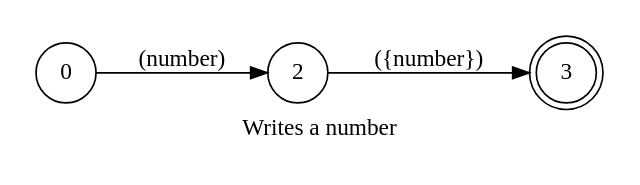
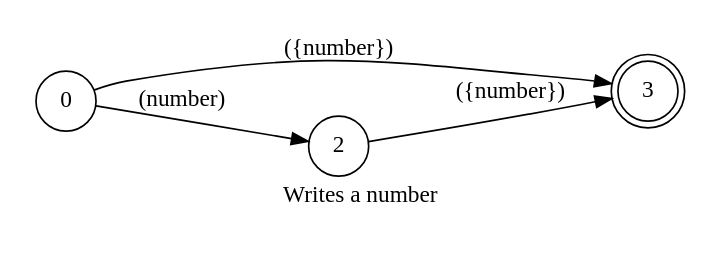
The diagram in spoken/src/modules/typescript/number/phrase_en-US.dot (pedrooaugusto/speech-to-code), drawn with Graphviz before and after one commit. The commit also changed 12 other files, not shown here.

```diff
--- a/spoken/src/modules/typescript/number/phrase_en-US.dot
+++ b/spoken/src/modules/typescript/number/phrase_en-US.dot
@@ -1,17 +1,18 @@
 digraph Number {
     id="number";
     label="Writes a number";
     lang="en-US";
     langName="English";
     pad="0.2";
     rankdir=LR;
     priority="2";
     node[shape=doublecircle]; 3;
     node[shape=circle];
 
     0 -> 2 [label="(number)"];
     2 -> 3 [label="({number})", store=number];
+    0 -> 3 [label="({number})", store=number];
 
     title="Writes a number";
     desc="Writes a number in the editor";
 }
```
